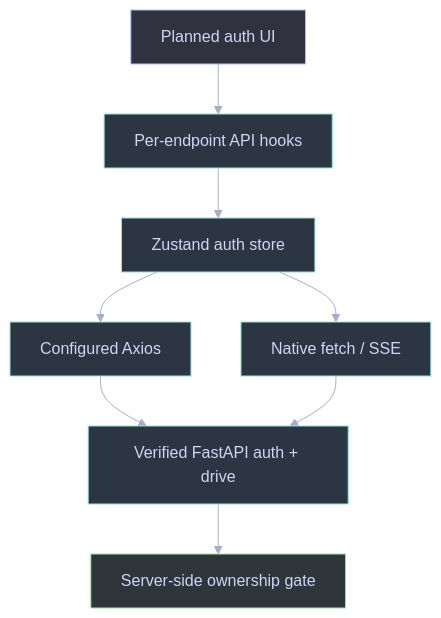
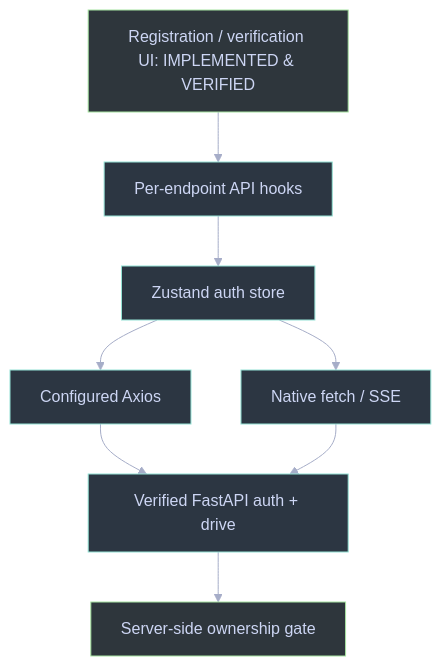
The fifth of 5 diagrams in client/AGENTS.md (RyxnDmello/atlas), drawn with Mermaid before and after one commit. The commit also changed other lines of this file and 24 other files, not shown here.

````diff
--- a/client/AGENTS.md
+++ b/client/AGENTS.md
@@ -681,22 +683,22 @@
 ```mermaid
 %%{init: {'theme': 'base', 'themeVariables': {'background': '#1e1e2e', 'primaryColor': '#45475a', 'primaryTextColor': '#cdd6f4', 'primaryBorderColor': '#89b4fa', 'lineColor': '#a6adc8', 'secondaryColor': '#313244', 'tertiaryColor': '#181825', 'fontFamily': 'Inter, sans-serif'}}}%%
 flowchart TD
-    UI["Planned auth UI"] --> Hooks["Per-endpoint API hooks"]
+    UI["Registration / verification UI: IMPLEMENTED & VERIFIED"] --> Hooks["Per-endpoint API hooks"]
     Hooks --> Session["Zustand auth store"]
     Session --> Axios["Configured Axios"]
     Session --> Fetch["Native fetch / SSE"]
     Axios --> API["Verified FastAPI auth + drive"]
     Fetch --> API
     API --> Guard["Server-side ownership gate"]
-    class UI planned;
+    class UI verified;
     class Hooks,Session,Axios,Fetch service;
     class API service;
     class Guard verified;
     classDef client fill:#2b3046,stroke:#89b4fa,stroke-width:1px,color:#cdd6f4;
     classDef service fill:#2c3642,stroke:#94e2d5,stroke-width:1px,color:#cdd6f4;
     classDef storage fill:#332e46,stroke:#cba6f7,stroke-width:1px,color:#cdd6f4;
     classDef verified fill:#2e363c,stroke:#a6e3a1,stroke-width:1px,color:#cdd6f4;
     classDef planned fill:#30323f,stroke:#b4befe,stroke-width:1px,color:#cdd6f4;
     classDef caution fill:#38362e,stroke:#f9e2af,stroke-width:1px,color:#cdd6f4;
     classDef denied fill:#39303d,stroke:#f38ba8,stroke-width:1px,color:#cdd6f4;
 ```
````
